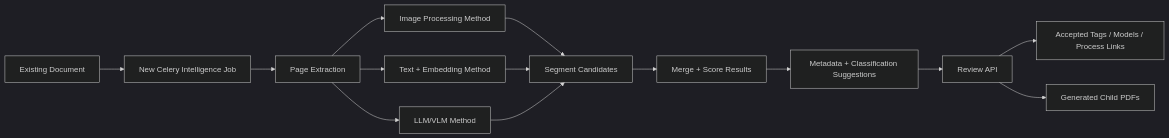
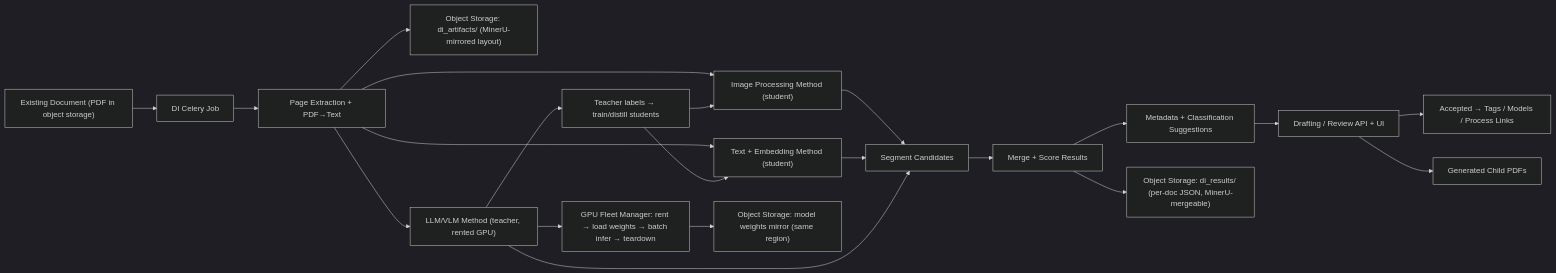
Before and after one commit to mehdi-avara/rag_langchain_app: the diagram in docs/DOCUMENT_INTELLIGENCE_PLAN.md, drawn with Mermaid (dark theme). The commit also changed other lines of this file, not shown here.

````diff
--- a/docs/DOCUMENT_INTELLIGENCE_PLAN.md
+++ b/docs/DOCUMENT_INTELLIGENCE_PLAN.md
@@ -16,16 +32,23 @@
 ```mermaid
 flowchart LR
-    A["Existing Document"] --> B["New Celery Intelligence Job"]
-    B --> C["Page Extraction"]
-    C --> D1["Image Processing Method"]
-    C --> D2["Text + Embedding Method"]
-    C --> D3["LLM/VLM Method"]
+    A["Existing Document (PDF in object storage)"] --> B["DI Celery Job"]
+    B --> C["Page Extraction + PDF→Text"]
+    C --> OS1["Object Storage: di_artifacts/ (MinerU-mirrored layout)"]
+    C --> D1["Image Processing Method (student)"]
+    C --> D2["Text + Embedding Method (student)"]
+    C --> D3["LLM/VLM Method (teacher, rented GPU)"]
+    D3 --> GPU["GPU Fleet Manager: rent → load weights → batch infer → teardown"]
+    GPU --> OSW["Object Storage: model weights mirror (same region)"]
     D1 --> E["Segment Candidates"]
     D2 --> E
     D3 --> E
     E --> F["Merge + Score Results"]
     F --> G["Metadata + Classification Suggestions"]
-    G --> H["Review API"]
-    H --> I["Accepted Tags / Models / Process Links"]
+    F --> OS2["Object Storage: di_results/ (per-doc JSON, MinerU-mergeable)"]
+    G --> H["Drafting / Review API + UI"]
+    H --> I["Accepted → Tags / Models / Process Links"]
     H --> J["Generated Child PDFs"]
+    D3 --> K["Teacher labels → train/distill students"]
+    K --> D1
+    K --> D2
 ```
````
